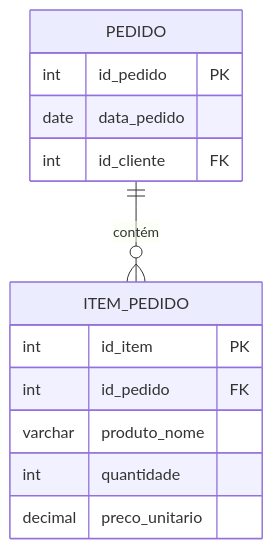
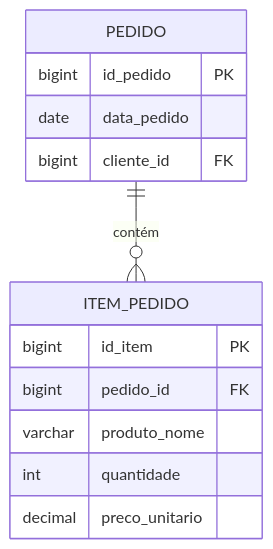
The second of 8 diagrams in aulas/Aula_02_Normalizacao.md (DSM-Fatec-Jahu/Banco-de-Dados-Relacional-IBD015), drawn with Mermaid before and after one commit. The commit also changed other lines of this file and 13 other files, not shown here.

````diff
--- a/aulas/Aula_02_Normalizacao.md
+++ b/aulas/Aula_02_Normalizacao.md
@@ -176,18 +176,18 @@
 ```mermaid
 erDiagram
     PEDIDO {
-        int id_pedido PK
+        bigint id_pedido PK
         date data_pedido
-        int id_cliente FK
+        bigint cliente_id FK
     }
 
     ITEM_PEDIDO {
-        int id_item PK
-        int id_pedido FK
+        bigint id_item PK
+        bigint pedido_id FK
         varchar produto_nome
         int quantidade
         decimal preco_unitario
     }
 
     PEDIDO ||--o{ ITEM_PEDIDO : "contém"
 ```
````
